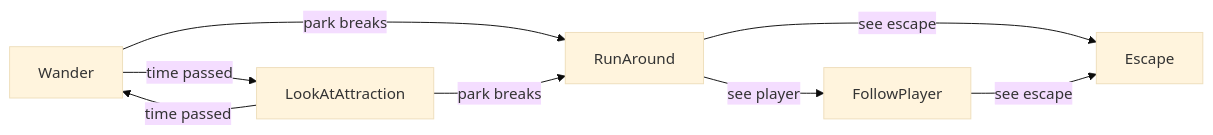
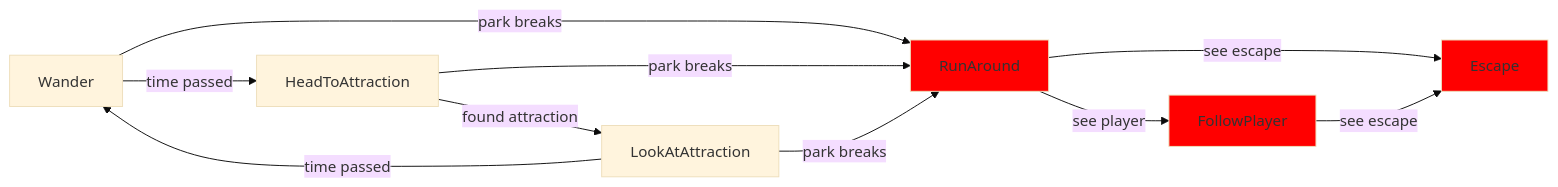
Before and after one commit to alexfiftysix/ThorassicPark: the diagram in Assets/Visitors/visitorBehaviour.md, drawn with Mermaid (base theme). The commit also changed 22 other files, not shown here.

````diff
--- a/Assets/Visitors/visitorBehaviour.md
+++ b/Assets/Visitors/visitorBehaviour.md
@@ -1,14 +1,19 @@
 ```mermaid
 graph LR;
-    Wander -- time passed --> LookAtAttraction
+    Wander -- time passed --> HeadToAttraction
+    HeadToAttraction -- found attraction --> LookAtAttraction
     LookAtAttraction -- time passed --> Wander
 
     Wander -- park breaks --> RunAround
+    HeadToAttraction -- park breaks --> RunAround
     LookAtAttraction -- park breaks --> RunAround
     
     RunAround -- see player --> FollowPlayer
+    style RunAround fill:#f00
     
     RunAround -- see escape --> Escape
     FollowPlayer -- see escape --> Escape
+    style FollowPlayer fill:#f00
+    style Escape fill:#f00
 
 ```
````
